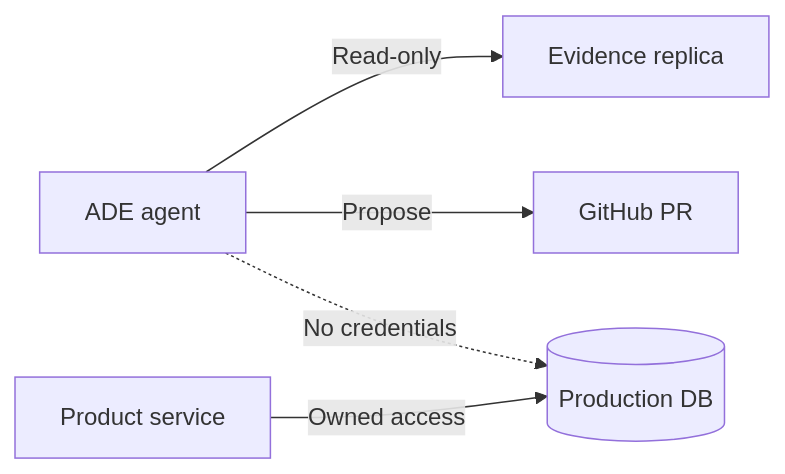
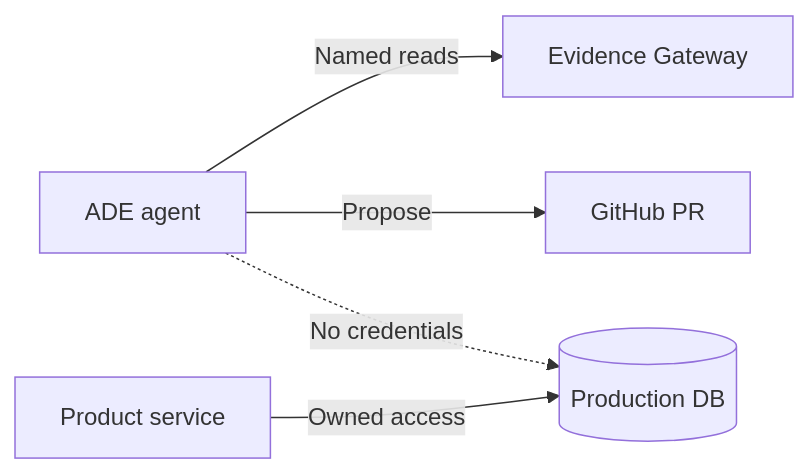
Before and after one commit to agentic-yankiz/ade-example: diagram 14 of 15 in site/PLAN.md, drawn with Mermaid. The commit also changed other lines of this file and 2 other files, not shown here.

Commit message:
docs: add deterministic ADE evidence gateway

````diff
--- a/site/PLAN.md
+++ b/site/PLAN.md
@@ -414,7 +413,7 @@
 ```mermaid
 flowchart LR
-    AG[ADE agent] -->|Read-only| EV[Evidence replica]
+    AG[ADE agent] -->|Named reads| EV[Evidence Gateway]
     AG -->|Propose| GH[GitHub PR]
     API[Product service] -->|Owned access| DB[(Production DB)]
     AG -. No credentials .-> DB
 ```
````
